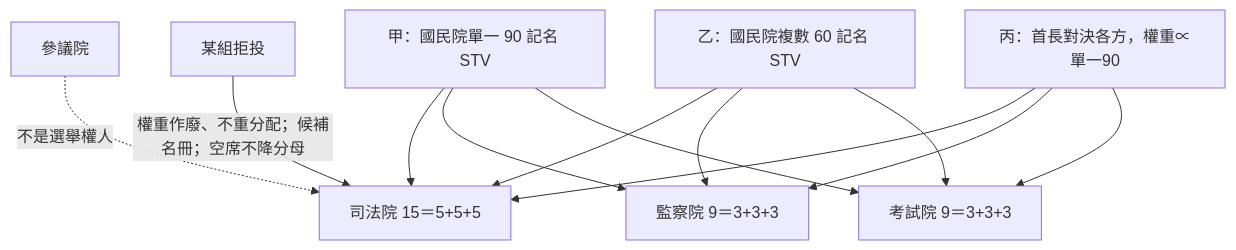
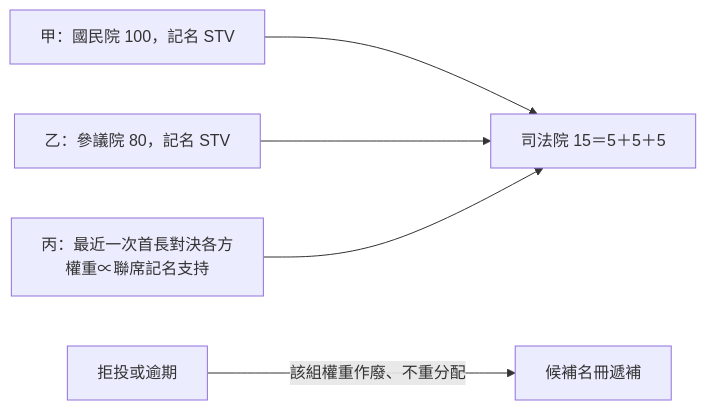
The seventh of 8 diagrams in topics/regime-designs/designs/台灣/兩院議會制/憲政架構圖.md (IRonROOT578/Political-Economy-Research-Public), drawn with Mermaid before and after one commit. The commit also changed other lines of this file and 241 other files, not shown here.

````diff
--- a/topics/regime-designs/designs/台灣/兩院議會制/憲政架構圖.md
+++ b/topics/regime-designs/designs/台灣/兩院議會制/憲政架構圖.md
@@ -122,14 +92,7 @@
 ```mermaid
-flowchart TD
-  A[甲：國民院單一 90 記名 STV] --> J[司法院 15＝5+5+5]
-  B[乙：國民院複數 60 記名 STV] --> J
-  C[丙：首長對決各方，權重∝單一90] --> J
-  A --> S[監察院 9＝3+3+3]
-  B --> S
-  C --> S
-  A --> E[考試院 9＝3+3+3]
-  B --> E
-  C --> E
-  SenX[參議院] -.->|不是選舉權人| J
-  Boy[某組拒投] -->|權重作廢、不重分配；候補名冊；空席不降分母| J
+flowchart LR
+  A[甲：國民院 100，記名 STV] --> C15[司法院 15＝5＋5＋5]
+  B[乙：參議院 80，記名 STV] --> C15
+  D[丙：最近一次首長對決各方<br/>權重∝聯席記名支持] --> C15
+  Boy[拒投或逾期] -->|該組權重作廢、不重分配| Void[候補名冊遞補]
 ```
````
